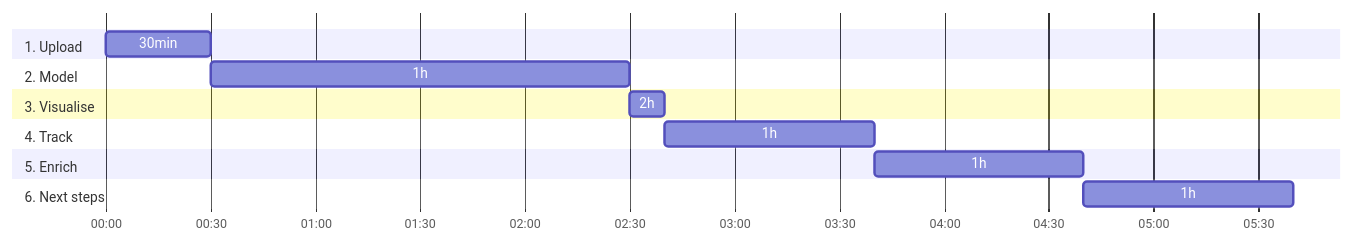
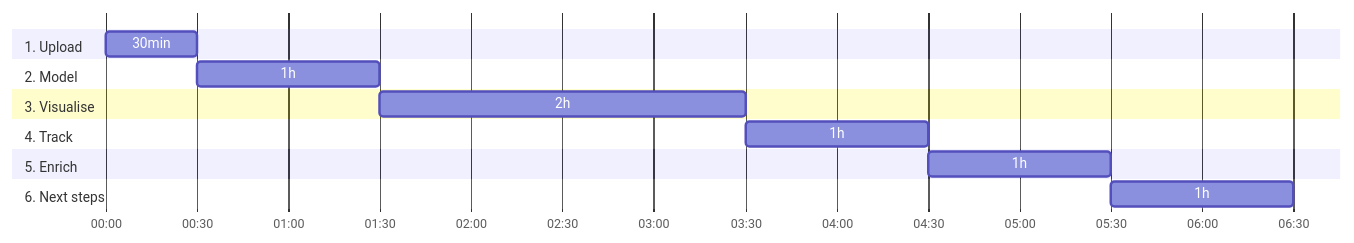
One commit to snowplow-incubator/snowplow-core-web-vitals-accelerator changed the diagram in content/_index.md. Above: the diagram before and after it, drawn with Mermaid. The commit also changed other lines of this file and 10 other files, not shown here.

```diff
--- a/content/_index.md
+++ b/content/_index.md
@@ -46,18 +46,18 @@
 {{<mermaid>}}
 gantt
 dateFormat HH-mm
 axisFormat %H:%M
 section 1. Upload
 30min :upload, 00-00, 30m
 section 2. Model
-1h :model, after upload, 2h
+1h :model, after upload, 1h
 section 3. Visualise
-2h :visualise, after model, 10m
+2h :visualise, after model, 2h
 section 4. Track
 1h :track, after visualise, 1h
 section 5. Enrich
 1h :enrich, after track, 1h
 section 6. Next steps
 1h :next steps, after enrich, 1h
 
 {{</mermaid >}}
```
